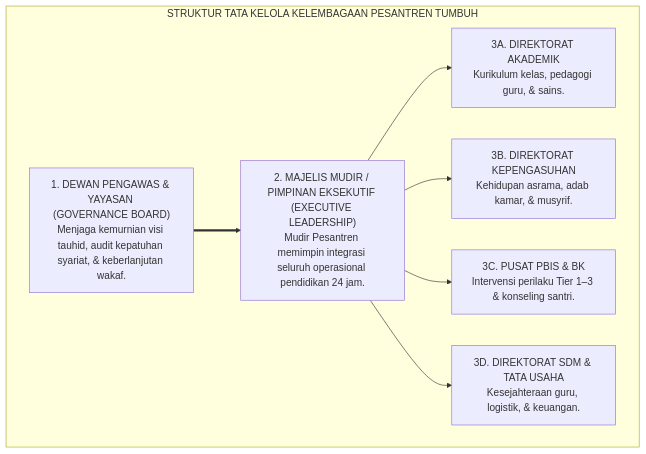
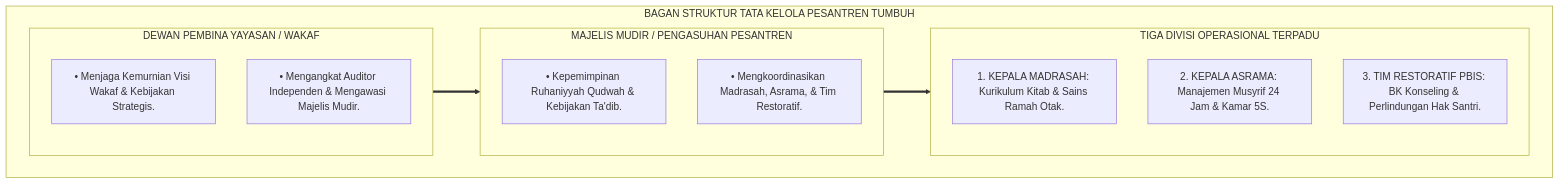
Before and after one commit to wandiapriliyandi/tumbuh: the second of 4 diagrams in 01 Philosophy/05 Leadership/P1-05-04-Tata-Kelola-Kelembagaan-dan-Standar-Musyrif.md, drawn with Mermaid. The commit also changed other lines of this file and 7 other files, not shown here.

````diff
--- a/01 Philosophy/05 Leadership/P1-05-04-Tata-Kelola-Kelembagaan-dan-Standar-Musyrif.md
+++ b/01 Philosophy/05 Leadership/P1-05-04-Tata-Kelola-Kelembagaan-dan-Standar-Musyrif.md
@@ -134,19 +121,23 @@
 ```mermaid
-graph TD
-    subgraph StrukturOrganisasiPesantren["STRUKTUR TATA KELOLA KELEMBAGAAN PESANTREN TUMBUH"]
-        DewanPengawas["1. DEWAN PENGAWAS & YAYASAN (GOVERNANCE BOARD)<br/>Menjaga kemurnian visi tauhid, audit kepatuhan syariat, & keberlanjutan wakaf."]
+flowchart TD
+    subgraph ArsitekturTataKelolaTUMBUH["BAGAN STRUKTUR TATA KELOLA PESANTREN TUMBUH"]
         
-        MajelisMudir["2. MAJELIS MUDIR / PIMPINAN EKSEKUTIF (EXECUTIVE LEADERSHIP)<br/>Mudir Pesantren memimpin integrasi seluruh operasional pendidikan 24 jam."]
+        subgraph DewanPengawasYayasan["DEWAN PEMBINA YAYASAN / WAKAF"]
+            Y1["• Menjaga Kemurnian Visi Wakaf & Kebijakan Strategis."]
+            Y2["• Mengangkat Auditor Independen & Mengawasi Majelis Mudir."]
+        end
         
-        Madrasah["3A. DIREKTORAT AKADEMIK<br/>Kurikulum kelas, pedagogi guru, & sains."]
-        Pengasuhan["3B. DIREKTORAT KEPENGASUHAN<br/>Kehidupan asrama, adab kamar, & musyrif."]
-        PBISBK["3C. PUSAT PBIS & BK<br/>Intervensi perilaku Tier 1–3 & konseling santri."]
-        KeuanganSDM["3D. DIREKTORAT SDM & TATA USAHA<br/>Kesejahteraan guru, logistik, & keuangan."]
+        subgraph MajelisMudir["MAJELIS MUDIR / PENGASUHAN PESANTREN"]
+            M1["• Kepemimpinan Ruhaniyyah Qudwah & Kebijakan Ta'dib."]
+            M2["• Mengkoordinasikan Madrasah, Asrama, & Tim Restoratif."]
+        end
         
-        DewanPengawas ==> MajelisMudir
-        MajelisMudir --> Madrasah
-        MajelisMudir --> Pengasuhan
-        MajelisMudir --> PBISBK
-        MajelisMudir --> KeuanganSDM
+        subgraph DivisiOperasional["TIGA DIVISI OPERASIONAL TERPADU"]
+            D1["1. KEPALA MADRASAH: Kurikulum Kitab & Sains Ramah Otak."]
+            D2["2. KEPALA ASRAMA: Manajemen Musyrif 24 Jam & Kamar 5S."]
+            D3["3. TIM RESTORATIF PBIS: BK Konseling & Perlindungan Hak Santri."]
+        end
+        
+        DewanPengawasYayasan ==> MajelisMudir ==> DivisiOperasional
     end
 ```
````
